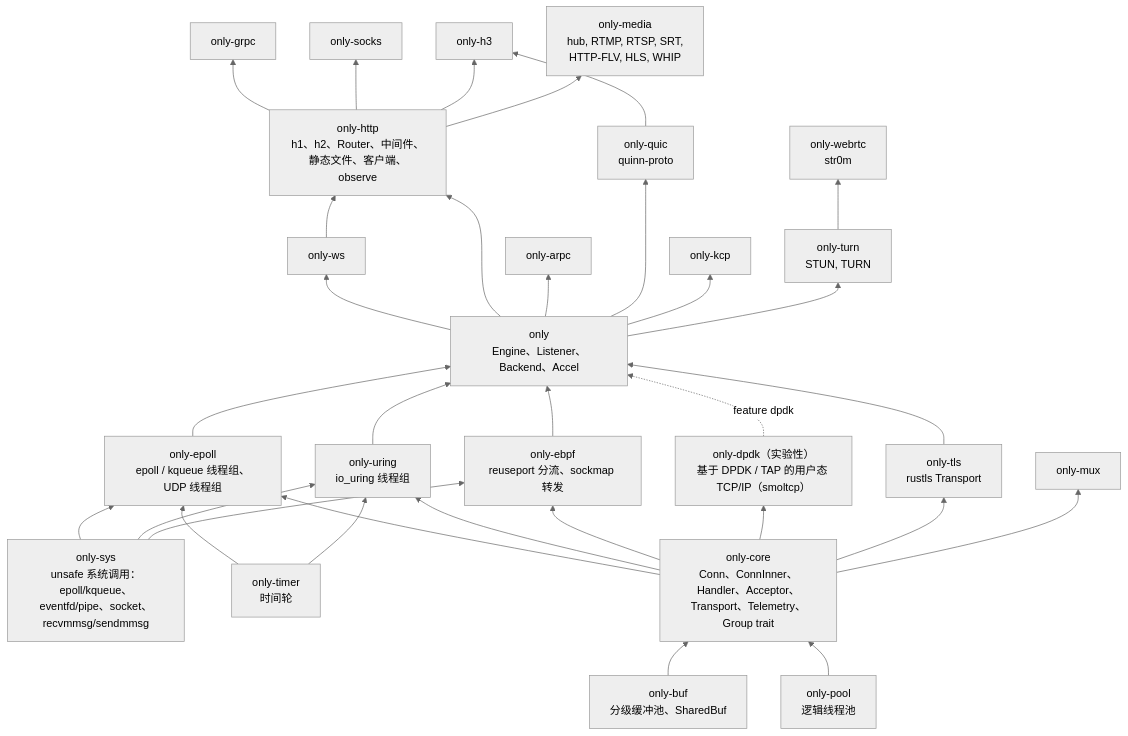
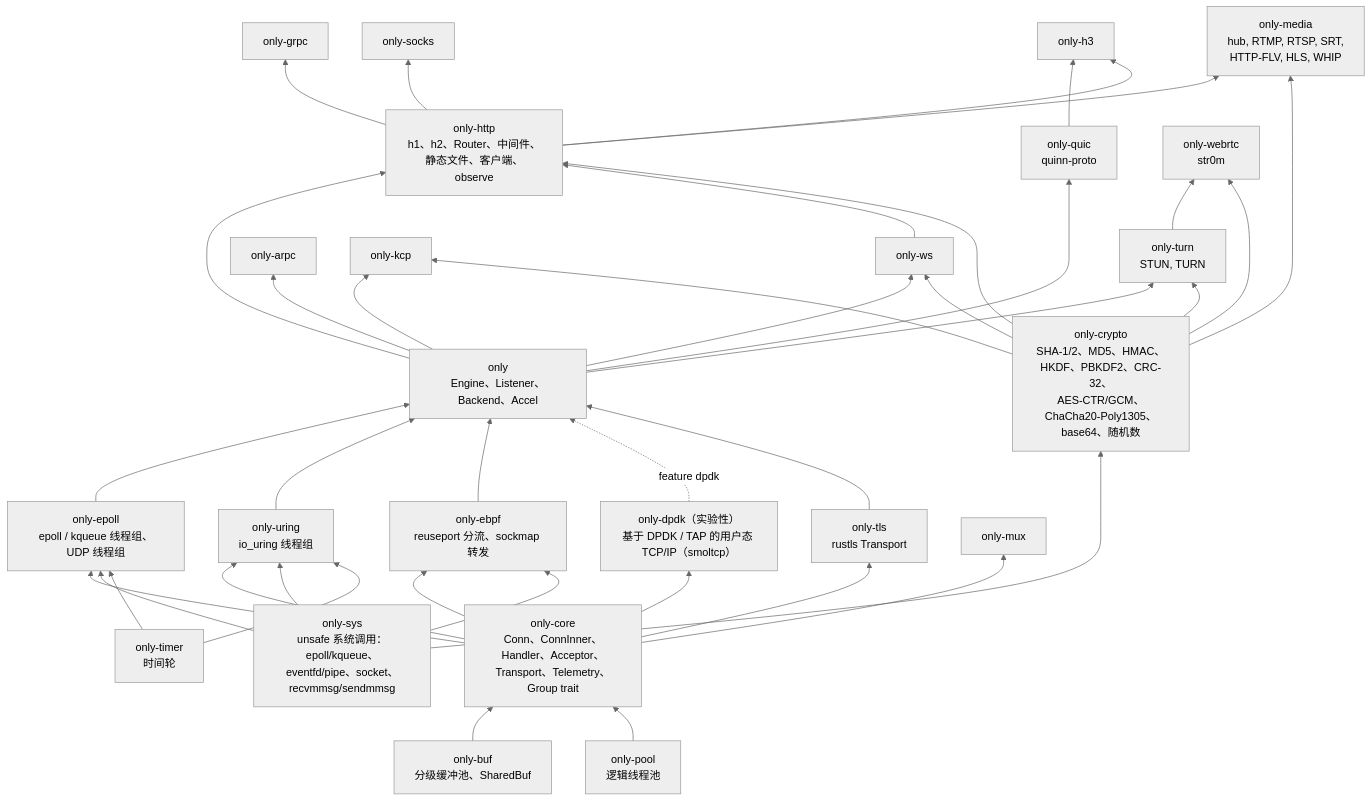
Before and after one commit to lesismal/akio: the first of 6 diagrams in docs/architecture.zh-CN.md, drawn with Mermaid (neutral theme). The commit also changed other lines of this file and 90 other files, not shown here.

````diff
--- a/docs/architecture.zh-CN.md
+++ b/docs/architecture.zh-CN.md
@@ -12,58 +12,66 @@
 ```mermaid
 flowchart BT
     sys["only-sys<br/>unsafe 系统调用：epoll/kqueue、<br/>eventfd/pipe、socket、recvmmsg/sendmmsg"]
+    crypto["only-crypto<br/>SHA-1/2、MD5、HMAC、HKDF、PBKDF2、CRC-32、<br/>AES-CTR/GCM、ChaCha20-Poly1305、base64、随机数"]
     buf["only-buf<br/>分级缓冲池、SharedBuf"]
     timer["only-timer<br/>时间轮"]
     pool["only-pool<br/>逻辑线程池"]
     core["only-core<br/>Conn、ConnInner、Handler、Acceptor、<br/>Transport、Telemetry、Group trait"]
     epoll["only-epoll<br/>epoll / kqueue 线程组、UDP 线程组"]
     uring["only-uring<br/>io_uring 线程组"]
     ebpf["only-ebpf<br/>reuseport 分流、sockmap 转发"]
     dpdk["only-dpdk（实验性）<br/>基于 DPDK / TAP 的用户态 TCP/IP（smoltcp）"]
     tls["only-tls<br/>rustls Transport"]
     facade["only<br/>Engine、Listener、Backend、Accel"]
     http["only-http<br/>h1、h2、Router、中间件、<br/>静态文件、客户端、observe"]
     ws[only-ws]
     grpc[only-grpc]
     arpc[only-arpc]
     socks[only-socks]
     mux[only-mux]
     quic["only-quic<br/>quinn-proto"]
     h3[only-h3]
     kcp[only-kcp]
     turn["only-turn<br/>STUN, TURN"]
     webrtc["only-webrtc<br/>str0m"]
     media["only-media<br/>hub, RTMP, RTSP, SRT,<br/>HTTP-FLV, HLS, WHIP"]
 
     buf --> core
     pool --> core
     core --> epoll
     sys --> epoll
     timer --> epoll
     core --> uring
     sys --> uring
     timer --> uring
     core --> ebpf
     core --> dpdk
     sys --> ebpf
     core --> tls
     epoll --> facade
     uring --> facade
     ebpf --> facade
     dpdk -.->|feature dpdk| facade
     tls --> facade
     facade --> ws
     facade --> http
     ws --> http
     http --> grpc
     facade --> arpc
     http --> socks
     core --> mux
     facade --> quic
     quic --> h3
     http --> h3
     facade --> kcp
     facade --> turn
     turn --> webrtc
     http --> media
+    sys --> crypto
+    crypto --> ws
+    crypto --> http
+    crypto --> kcp
+    crypto --> turn
+    crypto --> webrtc
+    crypto --> media
 ```
````
